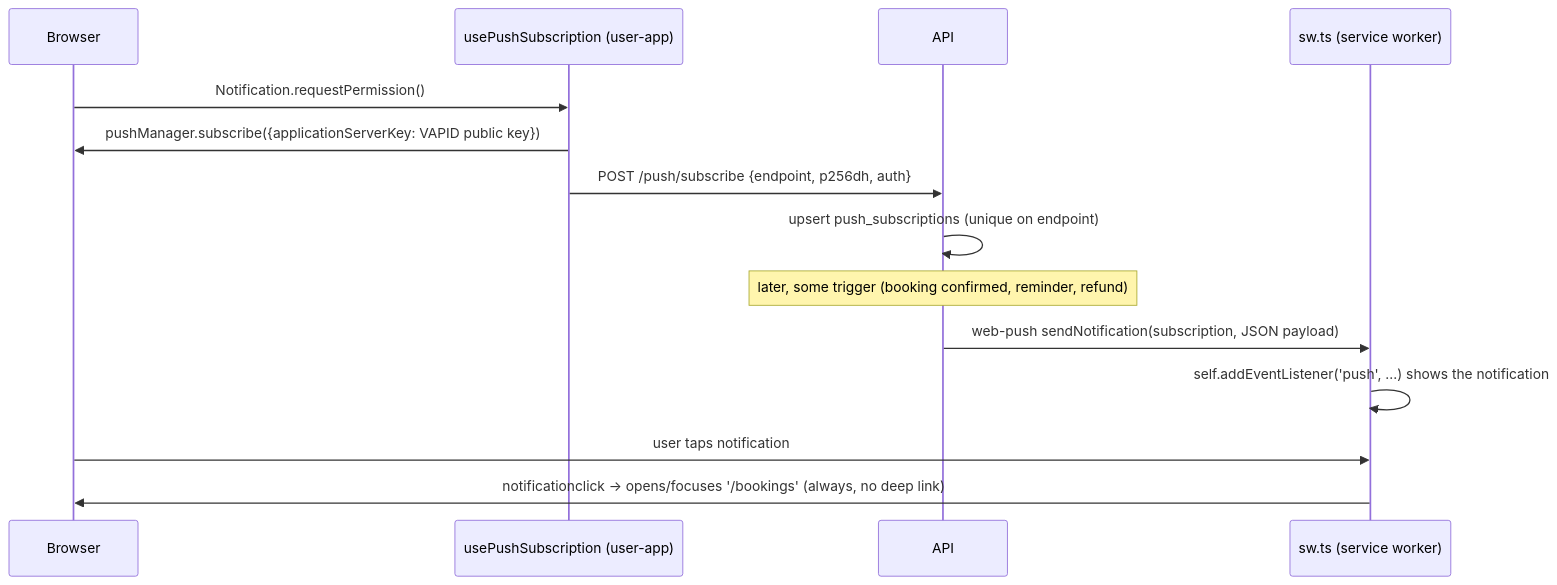
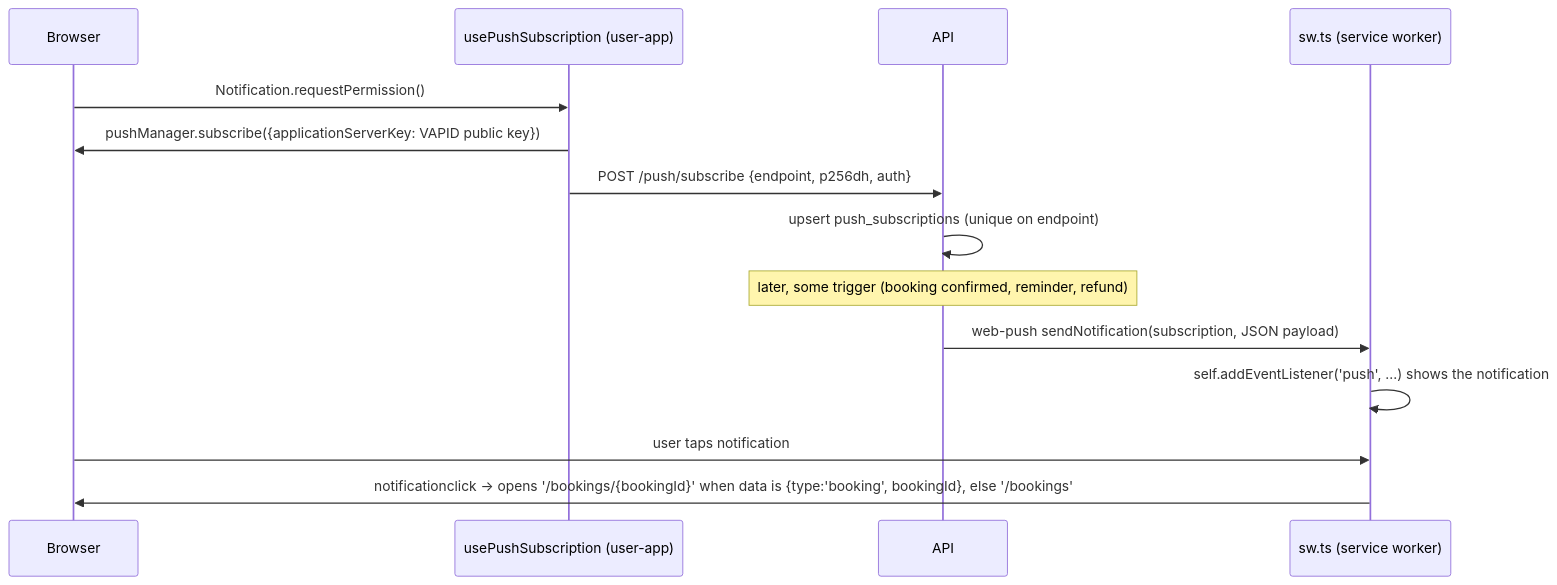
One commit to AmirHo3sein/gheychi changed the first of 2 diagrams in docs/technical-overview/16-notifications.md. Above: the diagram before and after it, drawn with Mermaid. The commit also changed other lines of this file and 41 other files, not shown here.

````diff
--- a/docs/technical-overview/16-notifications.md
+++ b/docs/technical-overview/16-notifications.md
@@ -31,17 +37,17 @@
 ```mermaid
 sequenceDiagram
     participant Browser
     participant User as usePushSubscription (user-app)
     participant API
     participant SW as sw.ts (service worker)
 
     Browser->>User: Notification.requestPermission()
     User->>Browser: pushManager.subscribe({applicationServerKey: VAPID public key})
     User->>API: POST /push/subscribe {endpoint, p256dh, auth}
     API->>API: upsert push_subscriptions (unique on endpoint)
     Note over API: later, some trigger (booking confirmed, reminder, refund)
     API->>SW: web-push sendNotification(subscription, JSON payload)
     SW->>SW: self.addEventListener('push', ...) shows the notification
     Browser->>SW: user taps notification
-    SW->>Browser: notificationclick -> opens/focuses '/bookings' (always, no deep link)
+    SW->>Browser: notificationclick -> opens '/bookings/{bookingId}' when data is {type:'booking', bookingId}, else '/bookings'
 ```
````
